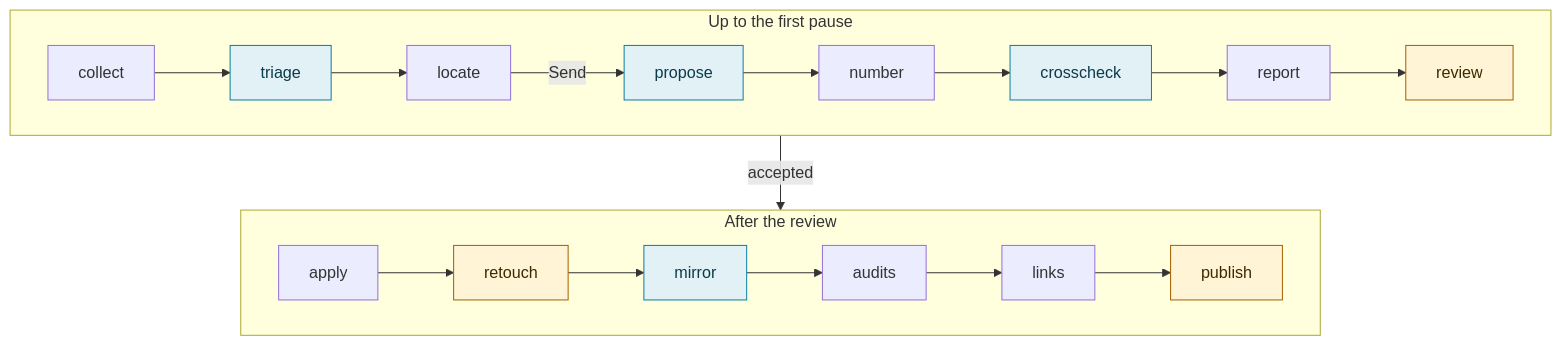
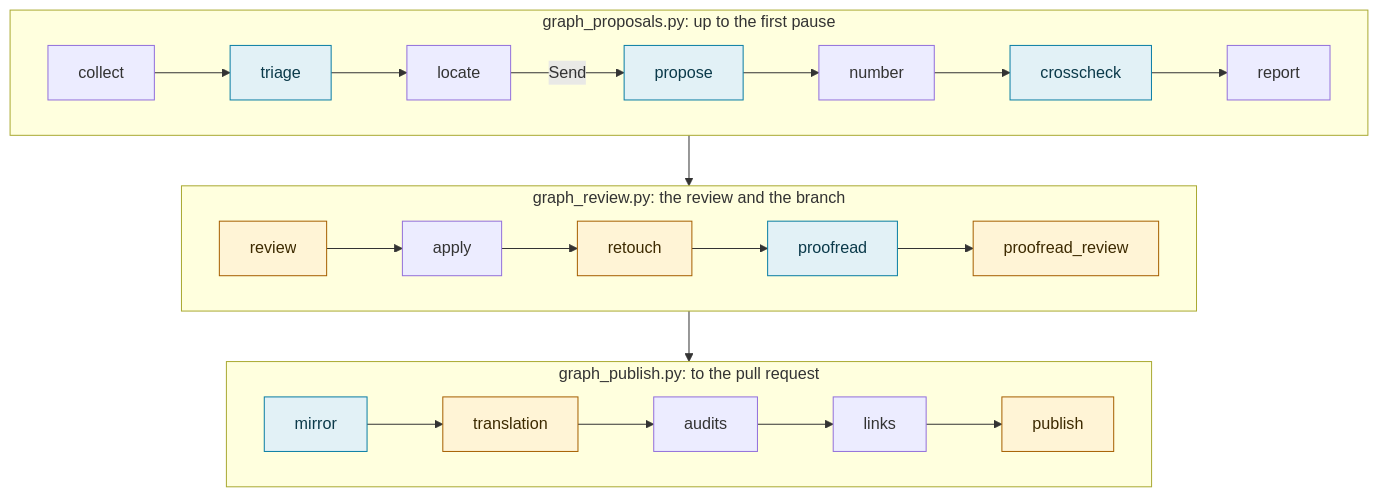
The third of 7 diagrams in docs/code.md (DamienBecherini/vault-watch-agent), drawn with Mermaid before and after one commit. The commit also changed other lines of this file and 7 other files, not shown here.

````diff
--- a/docs/code.md
+++ b/docs/code.md
@@ -125,16 +214,21 @@
 ```mermaid
 flowchart TB
-  subgraph before["Up to the first pause"]
+  subgraph before["graph_proposals.py: up to the first pause"]
     direction LR
-    collect --> triage --> locate -->|"Send"| propose --> number --> crosscheck --> report --> review
+    collect --> triage --> locate -->|"Send"| propose --> number --> crosscheck --> report
   end
-  subgraph after["After the review"]
+  subgraph middle["graph_review.py: the review and the branch"]
     direction LR
-    apply --> retouch --> mirror --> audits --> links --> publish
+    review --> apply --> retouch --> proofread --> proofread_review
   end
-  before -->|"accepted"| after
+  subgraph after["graph_publish.py: to the pull request"]
+    direction LR
+    mirror --> translation --> audits --> links --> publish
+  end
+  before --> middle
+  middle --> after
   classDef pause fill:#fff4d6,stroke:#a65f00,color:#3d2a00
   classDef model fill:#e2f1f6,stroke:#0a7ea4,color:#0b3a4a
-  class review,retouch,publish pause
-  class triage,propose,crosscheck,mirror model
+  class review,retouch,proofread_review,translation,publish pause
+  class triage,propose,crosscheck,proofread,mirror model
 ```
````
